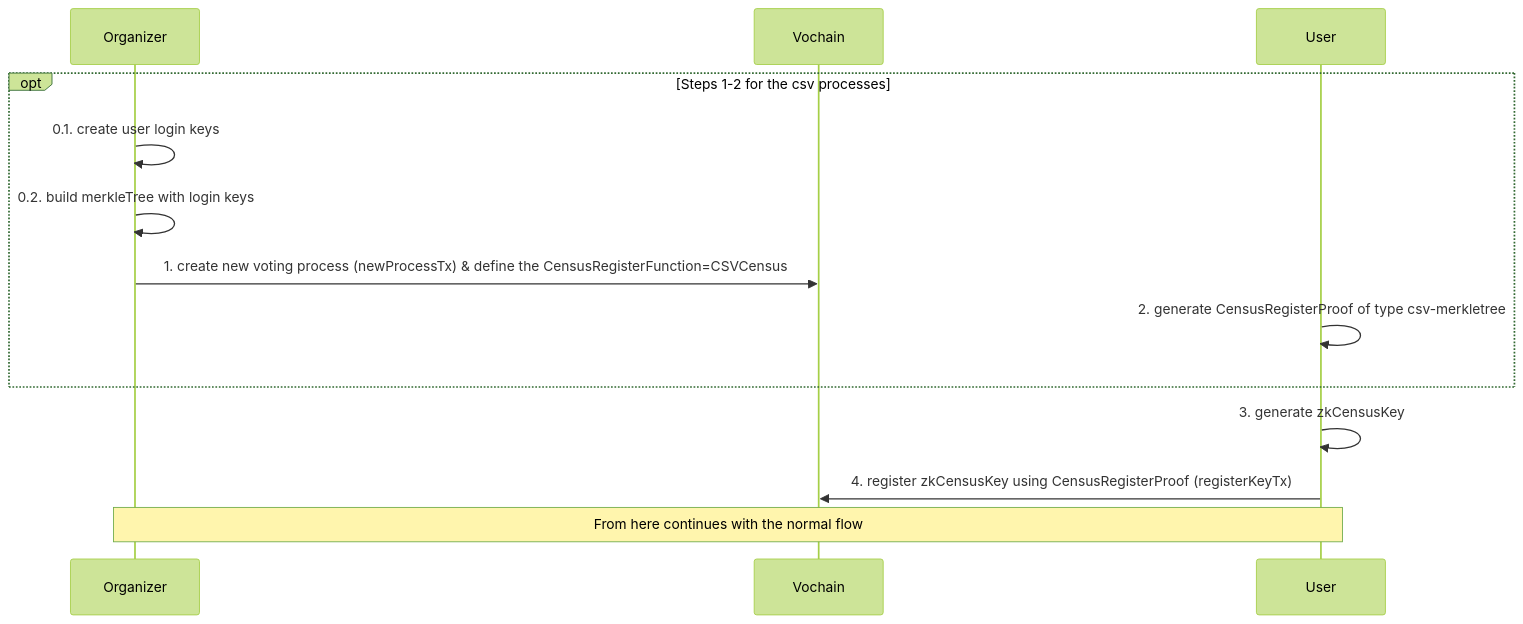
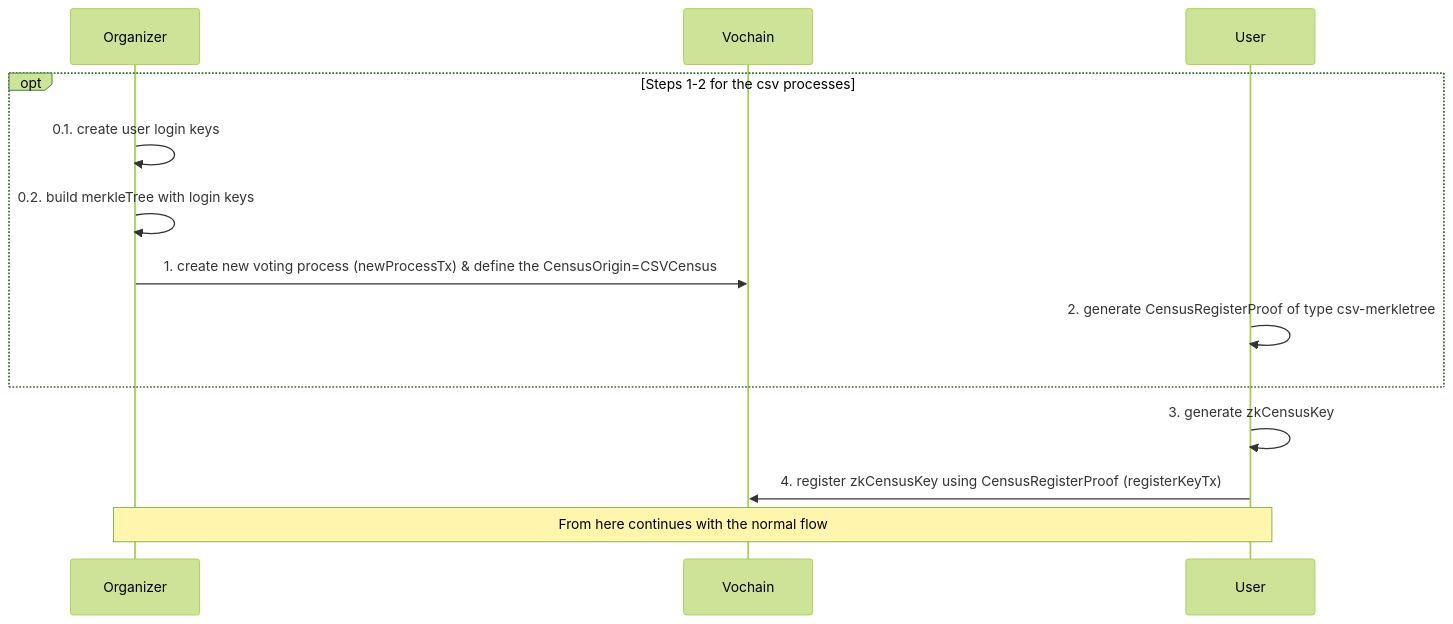
One commit to vocdoni/docs changed the second of 3 diagrams in src/architecture/protocol/anonymous-voting/zk-census-proof.md. Above: the diagram before and after it, drawn with Mermaid. The commit also changed other lines of this file and 1 other file, not shown here.

First line of the commit message:
Add process flag preRegister &update zk-census doc

````diff
--- a/src/architecture/protocol/anonymous-voting/zk-census-proof.md
+++ b/src/architecture/protocol/anonymous-voting/zk-census-proof.md
@@ -146,14 +148,14 @@
 ```mermaid
 %%{init: {'theme':'forest'}}%%
 
 sequenceDiagram
 opt Steps 1-2 for the csv processes
   Organizer->>Organizer: 0.1. create user login keys
   Organizer->>Organizer: 0.2. build merkleTree with login keys
-  Organizer->>Vochain: 1. create new voting process (newProcessTx) & define the CensusRegisterFunction=CSVCensus
+  Organizer->>Vochain: 1. create new voting process (newProcessTx) & define the CensusOrigin=CSVCensus
   User->>User: 2. generate CensusRegisterProof of type csv-merkletree
 end
 User->>User: 3. generate zkCensusKey
 User->>Vochain: 4. register zkCensusKey using CensusRegisterProof (registerKeyTx)
 Note over Organizer,User: From here continues with the normal flow
 ```
````
